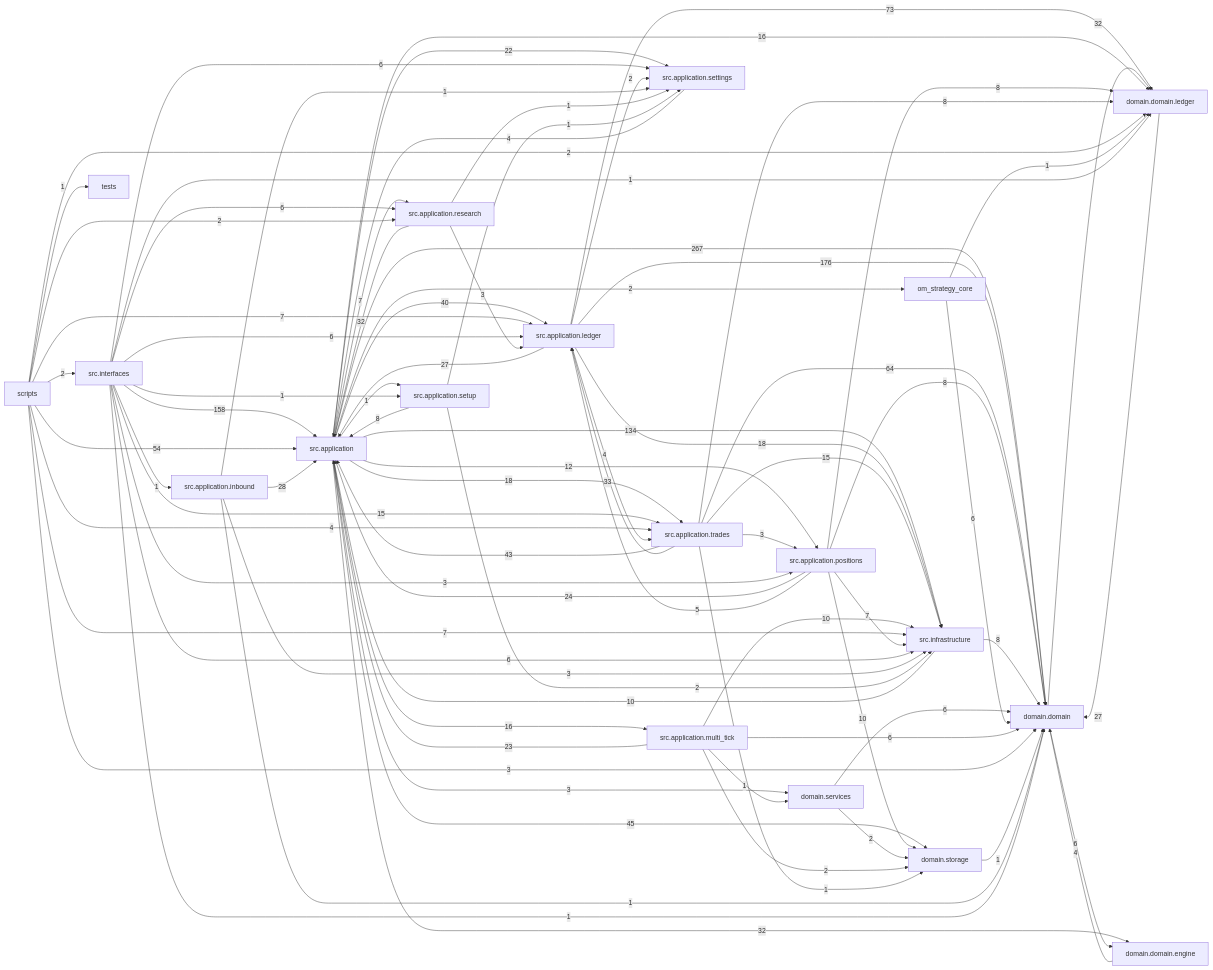
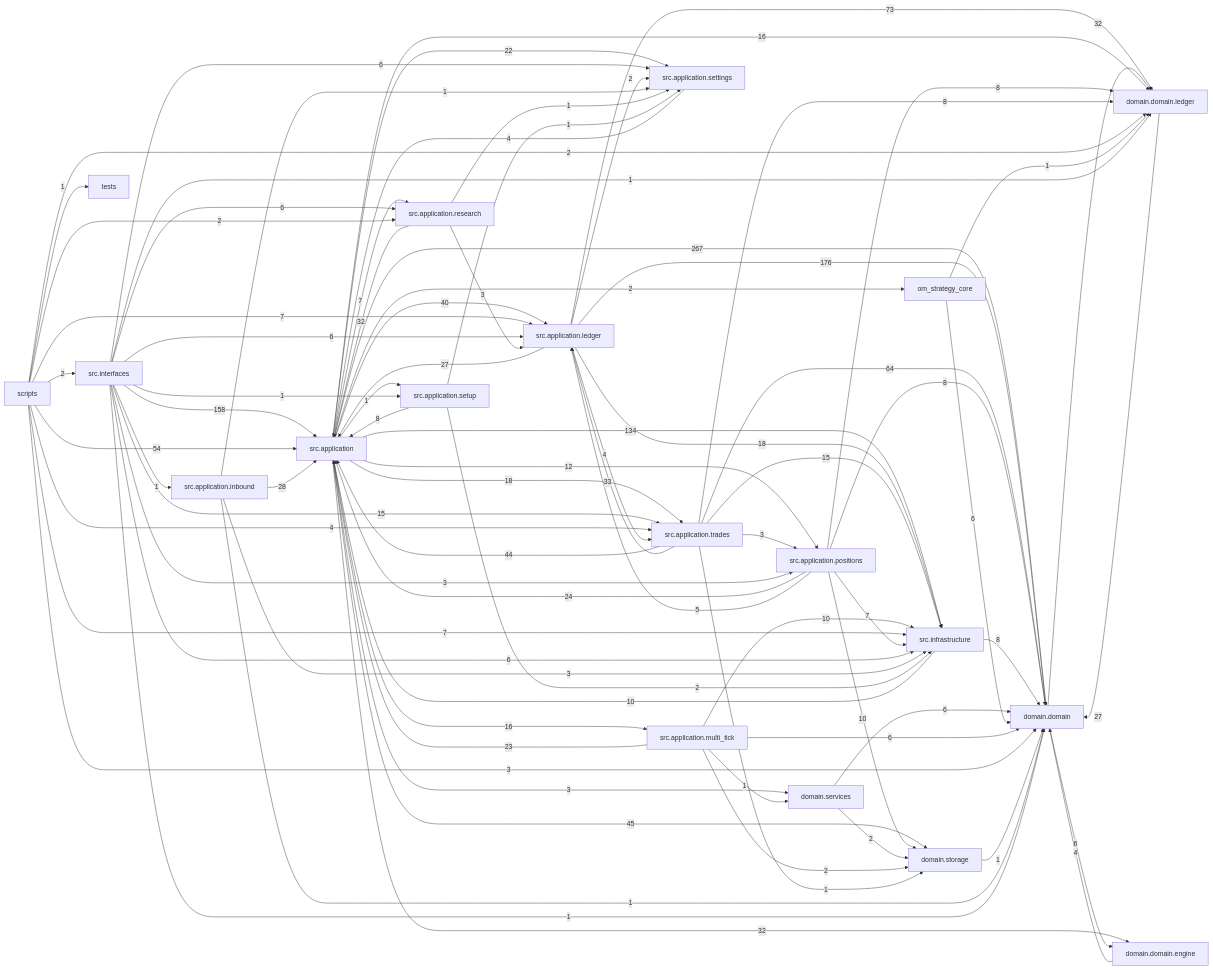
Before and after one commit to liuxie066/options-monitor: the diagram in docs/dependency_graph.mmd, drawn with Mermaid. The commit also changed 5 other files, not shown here.

```diff
--- a/docs/dependency_graph.mmd
+++ b/docs/dependency_graph.mmd
@@ -1,81 +1,81 @@
 flowchart LR
   src_application["src.application"] -->|267| domain_domain["domain.domain"]
   src_application_ledger["src.application.ledger"] -->|176| domain_domain["domain.domain"]
   src_interfaces["src.interfaces"] -->|158| src_application["src.application"]
   src_application["src.application"] -->|134| src_infrastructure["src.infrastructure"]
   src_application_ledger["src.application.ledger"] -->|73| domain_domain_ledger["domain.domain.ledger"]
   src_application_trades["src.application.trades"] -->|64| domain_domain["domain.domain"]
   scripts["scripts"] -->|54| src_application["src.application"]
   src_application["src.application"] -->|45| domain_storage["domain.storage"]
-  src_application_trades["src.application.trades"] -->|43| src_application["src.application"]
+  src_application_trades["src.application.trades"] -->|44| src_application["src.application"]
   src_application["src.application"] -->|40| src_application_ledger["src.application.ledger"]
   src_application_trades["src.application.trades"] -->|33| src_application_ledger["src.application.ledger"]
   domain_domain["domain.domain"] -->|32| domain_domain_ledger["domain.domain.ledger"]
   src_application["src.application"] -->|32| domain_domain_engine["domain.domain.engine"]
   src_application_research["src.application.research"] -->|32| src_application["src.application"]
   src_application_inbound["src.application.inbound"] -->|28| src_application["src.application"]
   domain_domain_ledger["domain.domain.ledger"] -->|27| domain_domain["domain.domain"]
   src_application_ledger["src.application.ledger"] -->|27| src_application["src.application"]
   src_application_positions["src.application.positions"] -->|24| src_application["src.application"]
   src_application_multi_tick["src.application.multi_tick"] -->|23| src_application["src.application"]
   src_application["src.application"] -->|22| src_application_settings["src.application.settings"]
   src_application["src.application"] -->|18| src_application_trades["src.application.trades"]
   src_application_ledger["src.application.ledger"] -->|18| src_infrastructure["src.infrastructure"]
   src_application["src.application"] -->|16| domain_domain_ledger["domain.domain.ledger"]
   src_application["src.application"] -->|16| src_application_multi_tick["src.application.multi_tick"]
   src_application_trades["src.application.trades"] -->|15| src_infrastructure["src.infrastructure"]
   src_interfaces["src.interfaces"] -->|15| src_application_trades["src.application.trades"]
   src_application["src.application"] -->|12| src_application_positions["src.application.positions"]
   src_application_multi_tick["src.application.multi_tick"] -->|10| src_infrastructure["src.infrastructure"]
   src_application_positions["src.application.positions"] -->|10| domain_storage["domain.storage"]
   src_infrastructure["src.infrastructure"] -->|10| src_application["src.application"]
   src_application_positions["src.application.positions"] -->|8| domain_domain["domain.domain"]
   src_application_positions["src.application.positions"] -->|8| domain_domain_ledger["domain.domain.ledger"]
   src_application_setup["src.application.setup"] -->|8| src_application["src.application"]
   src_application_trades["src.application.trades"] -->|8| domain_domain_ledger["domain.domain.ledger"]
   src_infrastructure["src.infrastructure"] -->|8| domain_domain["domain.domain"]
   scripts["scripts"] -->|7| src_application_ledger["src.application.ledger"]
   scripts["scripts"] -->|7| src_infrastructure["src.infrastructure"]
   src_application["src.application"] -->|7| src_application_research["src.application.research"]
   src_application_positions["src.application.positions"] -->|7| src_infrastructure["src.infrastructure"]
   domain_domain["domain.domain"] -->|6| domain_domain_engine["domain.domain.engine"]
   domain_services["domain.services"] -->|6| domain_domain["domain.domain"]
   om_strategy_core["om_strategy_core"] -->|6| domain_domain["domain.domain"]
   src_application_multi_tick["src.application.multi_tick"] -->|6| domain_domain["domain.domain"]
   src_interfaces["src.interfaces"] -->|6| src_application_ledger["src.application.ledger"]
   src_interfaces["src.interfaces"] -->|6| src_application_research["src.application.research"]
   src_interfaces["src.interfaces"] -->|6| src_application_settings["src.application.settings"]
   src_interfaces["src.interfaces"] -->|6| src_infrastructure["src.infrastructure"]
   src_application_positions["src.application.positions"] -->|5| src_application_ledger["src.application.ledger"]
   domain_domain_engine["domain.domain.engine"] -->|4| domain_domain["domain.domain"]
   scripts["scripts"] -->|4| src_application_trades["src.application.trades"]
   src_application_ledger["src.application.ledger"] -->|4| src_application_trades["src.application.trades"]
   src_application_settings["src.application.settings"] -->|4| src_application["src.application"]
   scripts["scripts"] -->|3| domain_domain["domain.domain"]
   src_application["src.application"] -->|3| domain_services["domain.services"]
   src_application_inbound["src.application.inbound"] -->|3| src_infrastructure["src.infrastructure"]
   src_application_research["src.application.research"] -->|3| src_application_ledger["src.application.ledger"]
   src_application_trades["src.application.trades"] -->|3| src_application_positions["src.application.positions"]
   src_interfaces["src.interfaces"] -->|3| src_application_positions["src.application.positions"]
   domain_services["domain.services"] -->|2| domain_storage["domain.storage"]
   scripts["scripts"] -->|2| domain_domain_ledger["domain.domain.ledger"]
   scripts["scripts"] -->|2| src_application_research["src.application.research"]
   scripts["scripts"] -->|2| src_interfaces["src.interfaces"]
   src_application["src.application"] -->|2| om_strategy_core["om_strategy_core"]
   src_application_ledger["src.application.ledger"] -->|2| src_application_settings["src.application.settings"]
   src_application_multi_tick["src.application.multi_tick"] -->|2| domain_storage["domain.storage"]
   src_application_setup["src.application.setup"] -->|2| src_infrastructure["src.infrastructure"]
   domain_storage["domain.storage"] -->|1| domain_domain["domain.domain"]
   om_strategy_core["om_strategy_core"] -->|1| domain_domain_ledger["domain.domain.ledger"]
   scripts["scripts"] -->|1| tests["tests"]
   src_application["src.application"] -->|1| src_application_setup["src.application.setup"]
   src_application_inbound["src.application.inbound"] -->|1| domain_domain["domain.domain"]
   src_application_inbound["src.application.inbound"] -->|1| src_application_settings["src.application.settings"]
   src_application_multi_tick["src.application.multi_tick"] -->|1| domain_services["domain.services"]
   src_application_research["src.application.research"] -->|1| src_application_settings["src.application.settings"]
   src_application_setup["src.application.setup"] -->|1| src_application_settings["src.application.settings"]
   src_application_trades["src.application.trades"] -->|1| domain_storage["domain.storage"]
   src_interfaces["src.interfaces"] -->|1| domain_domain["domain.domain"]
   src_interfaces["src.interfaces"] -->|1| domain_domain_ledger["domain.domain.ledger"]
   src_interfaces["src.interfaces"] -->|1| src_application_inbound["src.application.inbound"]
   src_interfaces["src.interfaces"] -->|1| src_application_setup["src.application.setup"]
```
